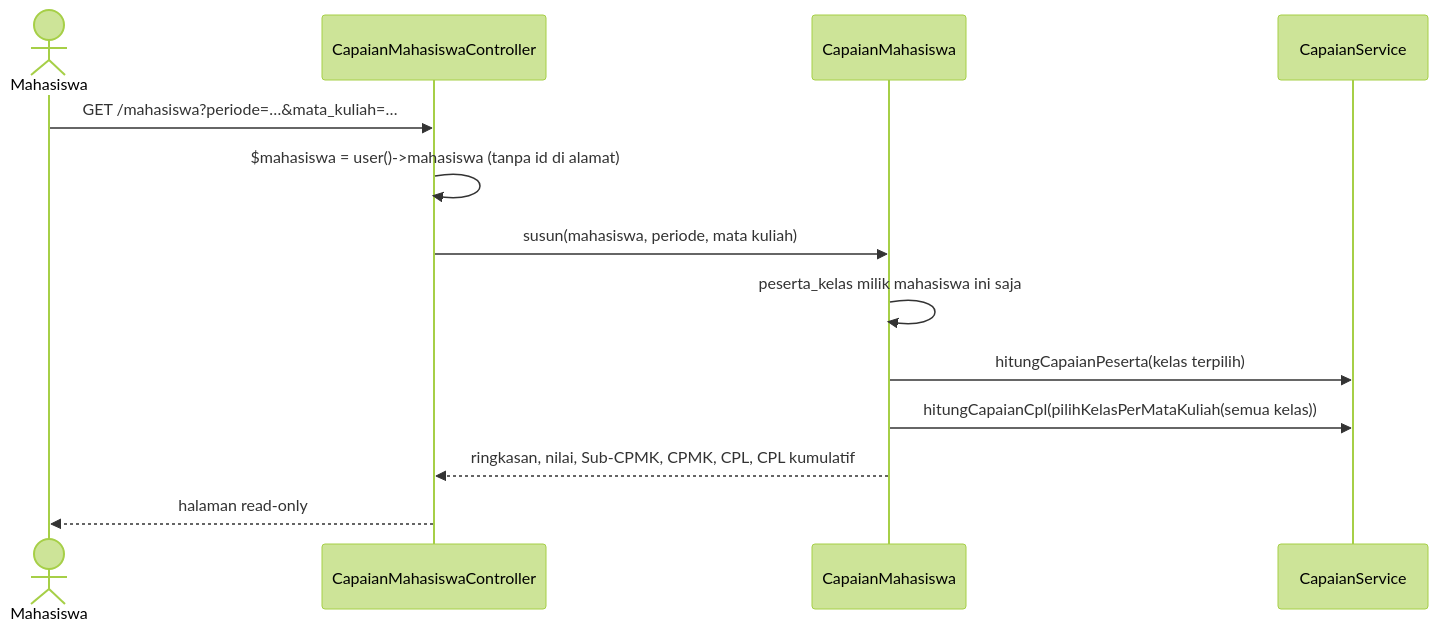
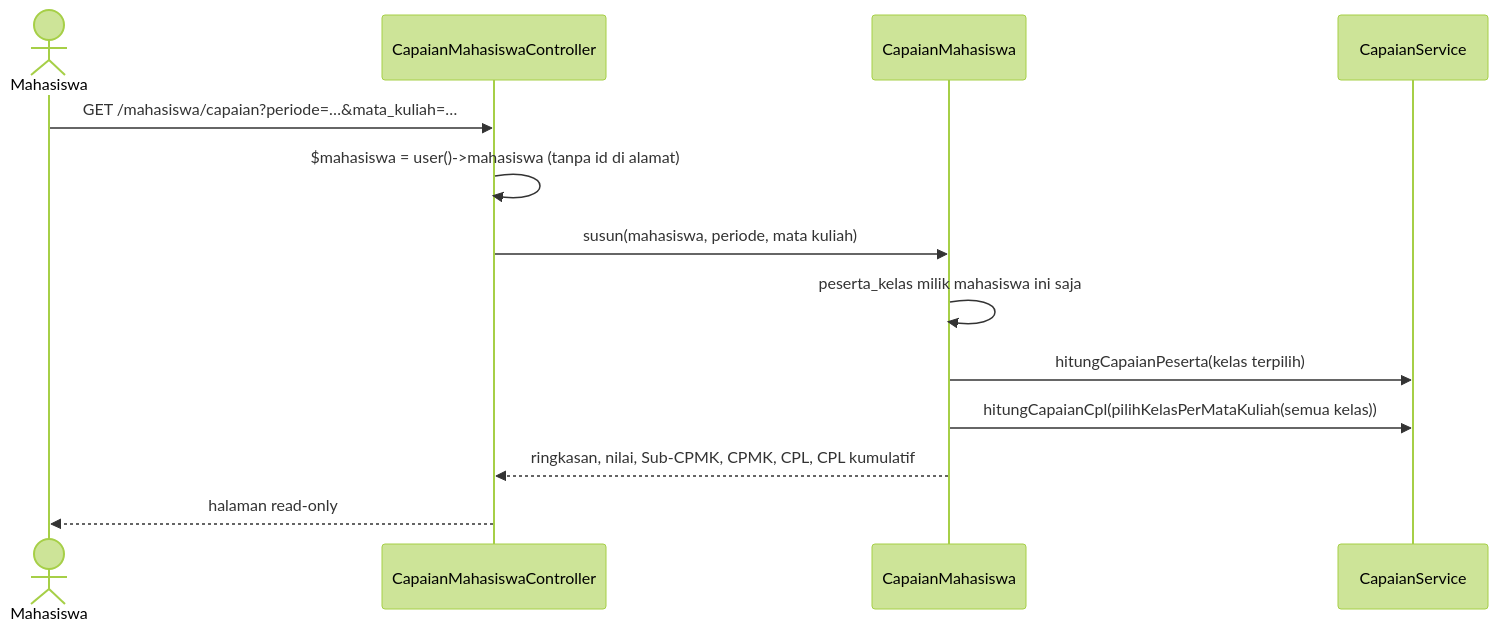
The diagram in docs/catatan-kode/09-capaian-mahasiswa.md (Arie04/simonev-cpl), drawn with Mermaid (forest theme) before and after one commit. The commit also changed other lines of this file and 6 other files, not shown here.

````diff
--- a/docs/catatan-kode/09-capaian-mahasiswa.md
+++ b/docs/catatan-kode/09-capaian-mahasiswa.md
@@ -29,15 +29,15 @@
 ```mermaid
 sequenceDiagram
     actor M as Mahasiswa
     participant C as CapaianMahasiswaController
     participant R as CapaianMahasiswa
     participant S as CapaianService
-    M->>C: GET /mahasiswa?periode=…&mata_kuliah=…
+    M->>C: GET /mahasiswa/capaian?periode=…&mata_kuliah=…
     C->>C: $mahasiswa = user()->mahasiswa (tanpa id di alamat)
     C->>R: susun(mahasiswa, periode, mata kuliah)
     R->>R: peserta_kelas milik mahasiswa ini saja
     R->>S: hitungCapaianPeserta(kelas terpilih)
     R->>S: hitungCapaianCpl(pilihKelasPerMataKuliah(semua kelas))
     R-->>C: ringkasan, nilai, Sub-CPMK, CPMK, CPL, CPL kumulatif
     C-->>M: halaman read-only
 ```
````
